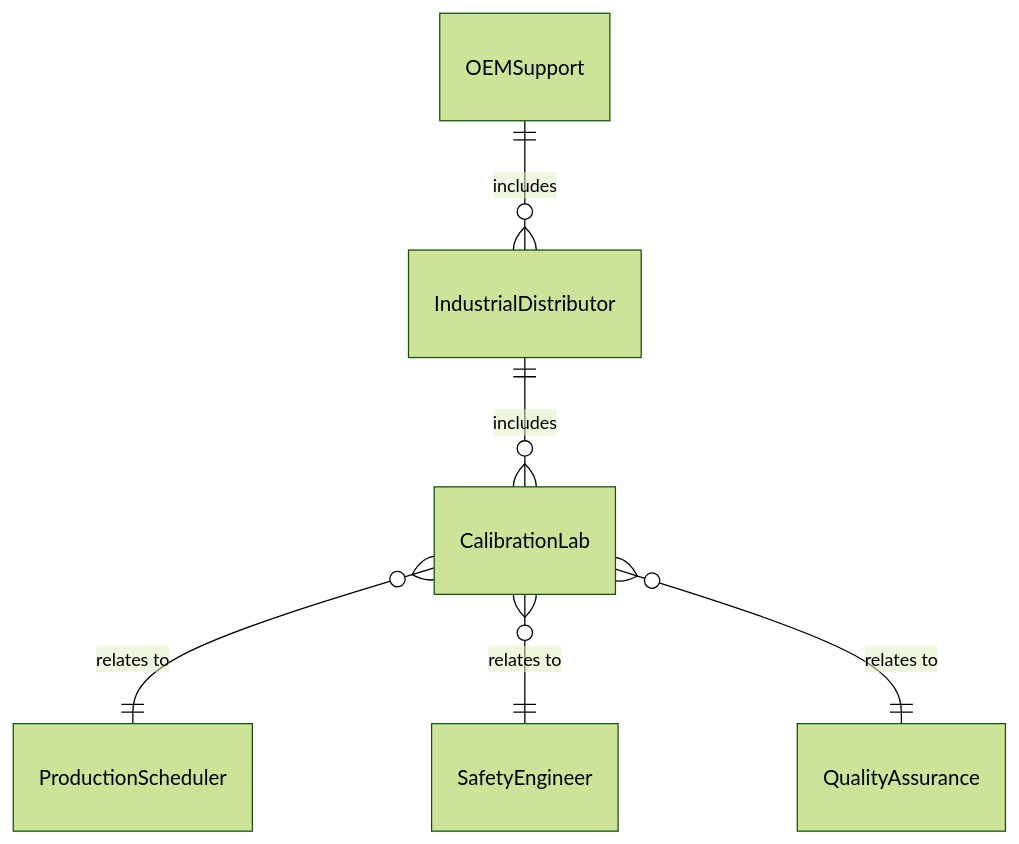
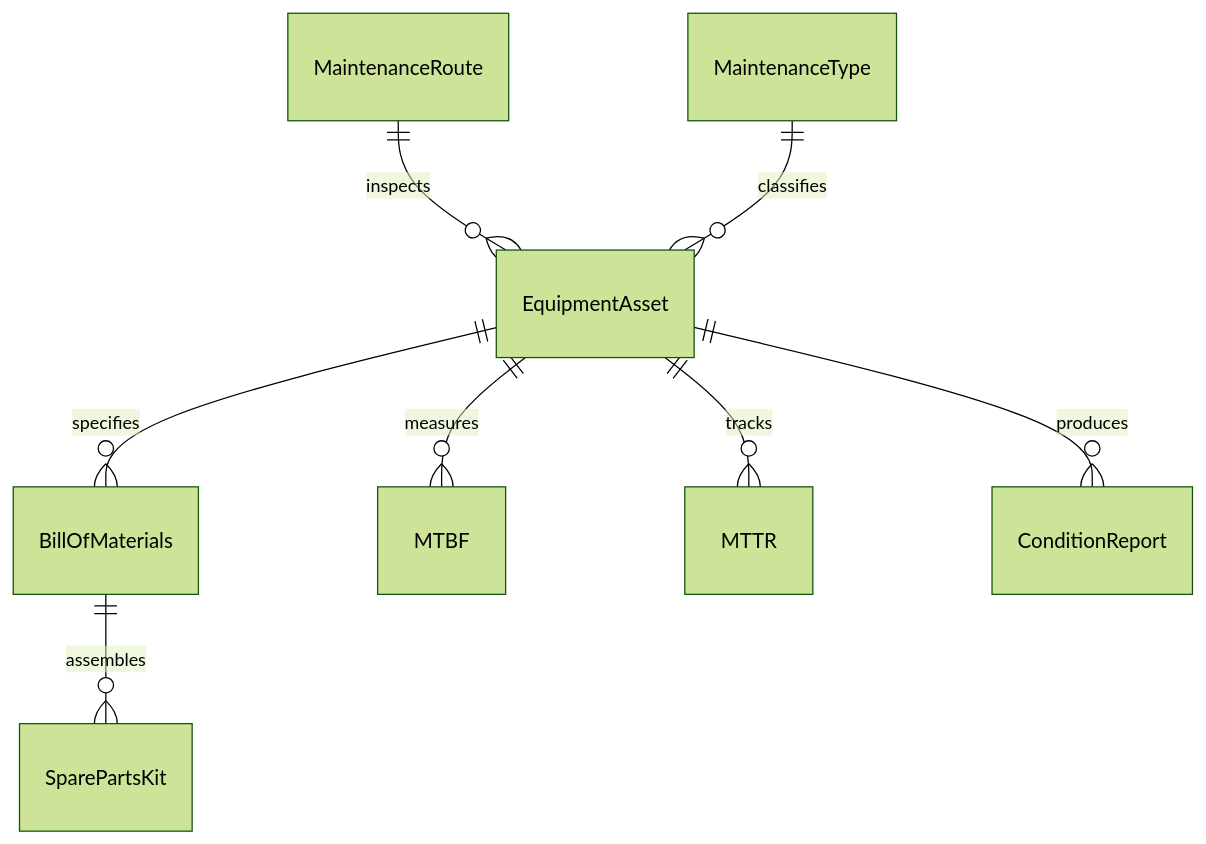
The first of 4 diagrams in GuidingDirectingAndMotivatingSubordinates/DirectOrganizationalOperationsActivitiesOrProcedures/DirectEquipmentMaintenanceRepairActivities.mdx (dot-org-ai/tasks.org.ai), drawn with Mermaid (forest theme) before and after one commit. The commit also changed other lines of this file and 515 other files, not shown here.

````diff
--- a/GuidingDirectingAndMotivatingSubordinates/DirectOrganizationalOperationsActivitiesOrProcedures/DirectEquipmentMaintenanceRepairActivities.mdx
+++ b/GuidingDirectingAndMotivatingSubordinates/DirectOrganizationalOperationsActivitiesOrProcedures/DirectEquipmentMaintenanceRepairActivities.mdx
@@ -93,8 +93,10 @@
 ```mermaid
 erDiagram
-    OEMSupport ||--o{ IndustrialDistributor : includes
-    IndustrialDistributor ||--o{ CalibrationLab : includes
-    CalibrationLab }o--|| ProductionScheduler : "relates to"
-    CalibrationLab }o--|| SafetyEngineer : "relates to"
-    CalibrationLab }o--|| QualityAssurance : "relates to"
+    EquipmentAsset ||--o{ BillOfMaterials : "specifies"
+    EquipmentAsset ||--o{ MTBF : "measures"
+    EquipmentAsset ||--o{ MTTR : "tracks"
+    EquipmentAsset ||--o{ ConditionReport : "produces"
+    BillOfMaterials ||--o{ SparePartsKit : "assembles"
+    MaintenanceRoute ||--o{ EquipmentAsset : "inspects"
+    MaintenanceType ||--o{ EquipmentAsset : "classifies"
 ```
````
